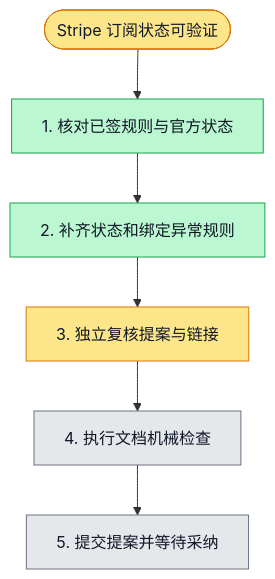
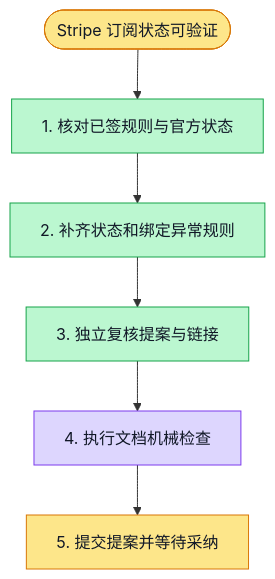
The diagram in phases/phase-21-billing-payment/design-deltas/stripe-state-recovery/plan.md (boardx/workspacex), drawn with Mermaid before and after one commit. The commit also changed 3 other files, not shown here.

````diff
--- a/phases/phase-21-billing-payment/design-deltas/stripe-state-recovery/plan.md
+++ b/phases/phase-21-billing-payment/design-deltas/stripe-state-recovery/plan.md
@@ -17,24 +17,25 @@
 ```mermaid
 flowchart TD
   G([Stripe 订阅状态可验证])
   S1[1. 核对已签规则与官方状态]
   S2[2. 补齐状态和绑定异常规则]
   S3[3. 独立复核提案与链接]
   S4[4. 执行文档机械检查]
   S5[5. 提交提案并等待采纳]
 
   G --> S1 --> S2 --> S3 --> S4 --> S5
 
   classDef todo fill:#e5e7eb,stroke:#6b7280,color:#111827
   classDef doing fill:#fde68a,stroke:#d97706,color:#111827
   classDef done fill:#bbf7d0,stroke:#16a34a,color:#111827
   classDef tested fill:#ddd6fe,stroke:#7c3aed,color:#111827
   classDef blocked fill:#fecaca,stroke:#dc2626,color:#111827
 
   class G doing
   class S1 done
   class S2 done
-  class S3 doing
-  class S4 todo
-  class S5 todo
+  class S3 done
+  class S4 tested
+  %% evidence S4: source56b9653d3 plan-check/OSS/scope-links exit0; verification.md and rawtxt; document ACCEPT, no runtime acceptance.
+  class S5 doing
 ```
````
